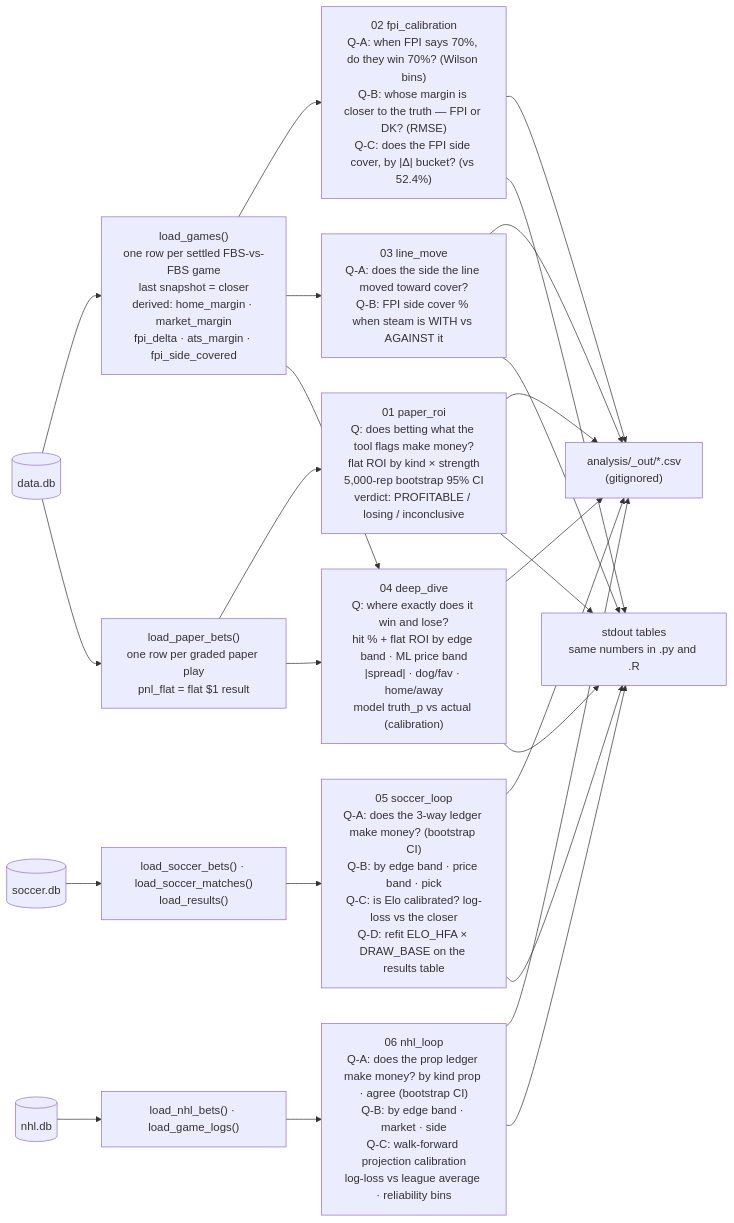
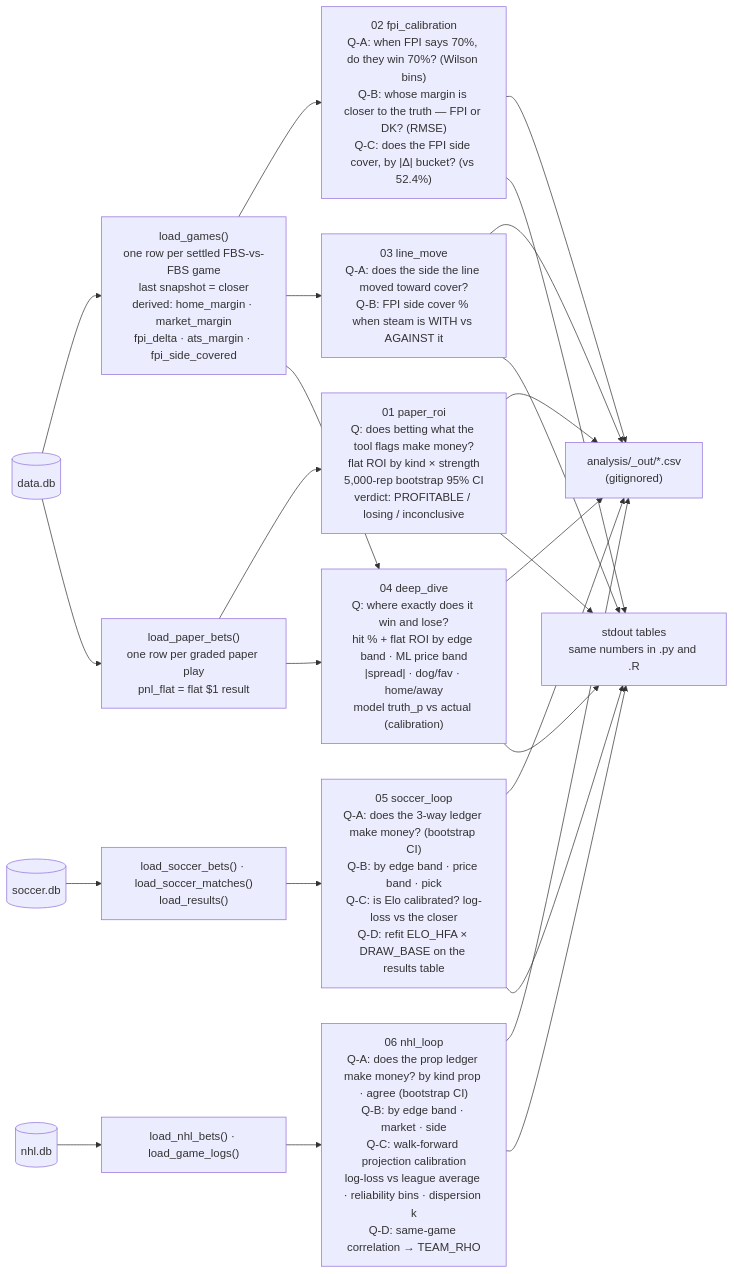
The third of 27 diagrams in README.md (wbp318/cfb_soccer_nhl_2026_2027), drawn with Mermaid before and after one commit. The commit also changed other lines of this file and 10 other files, not shown here.

First line of the commit message:
NHL simulations: gamma-Poisson saves (k=20), card Monte Carlo, analysis/06 D correlation

````diff
--- a/README.md
+++ b/README.md
@@ -295,18 +295,18 @@
 ```mermaid
 flowchart LR
     DB[("data.db")] --> LG["load_games()\none row per settled FBS-vs-FBS game\nlast snapshot = closer\nderived: home_margin · market_margin\nfpi_delta · ats_margin · fpi_side_covered"]
     DB --> LB["load_paper_bets()\none row per graded paper play\npnl_flat = flat $1 result"]
 
     LB --> S1["01 paper_roi\nQ: does betting what the tool flags make money?\nflat ROI by kind × strength\n5,000-rep bootstrap 95% CI\nverdict: PROFITABLE / losing / inconclusive"]
     LG --> S2["02 fpi_calibration\nQ-A: when FPI says 70%, do they win 70%? (Wilson bins)\nQ-B: whose margin is closer to the truth — FPI or DK? (RMSE)\nQ-C: does the FPI side cover, by |Δ| bucket? (vs 52.4%)"]
     LG --> S3["03 line_move\nQ-A: does the side the line moved toward cover?\nQ-B: FPI side cover % when steam is WITH vs AGAINST it"]
     LB --> S4["04 deep_dive\nQ: where exactly does it win and lose?\nhit % + flat ROI by edge band · ML price band\n|spread| · dog/fav · home/away\nmodel truth_p vs actual (calibration)"]
     LG --> S4
     SDB[("soccer.db")] --> LSB["load_soccer_bets() · load_soccer_matches()\nload_results()"]
     LSB --> S5["05 soccer_loop\nQ-A: does the 3-way ledger make money? (bootstrap CI)\nQ-B: by edge band · price band · pick\nQ-C: is Elo calibrated? log-loss vs the closer\nQ-D: refit ELO_HFA × DRAW_BASE on the results table"]
     NDB[("nhl.db")] --> LNB["load_nhl_bets() · load_game_logs()"]
-    LNB --> S6["06 nhl_loop\nQ-A: does the prop ledger make money? by kind prop · agree (bootstrap CI)\nQ-B: by edge band · market · side\nQ-C: walk-forward projection calibration\nlog-loss vs league average · reliability bins"]
+    LNB --> S6["06 nhl_loop\nQ-A: does the prop ledger make money? by kind prop · agree (bootstrap CI)\nQ-B: by edge band · market · side\nQ-C: walk-forward projection calibration\nlog-loss vs league average · reliability bins · dispersion k\nQ-D: same-game correlation → TEAM_RHO"]
 
     S1 & S2 & S3 & S4 & S5 & S6 --> OUTC["analysis/_out/*.csv\n(gitignored)"]
     S1 & S2 & S3 & S4 & S5 & S6 --> STD["stdout tables\nsame numbers in .py and .R"]
 ```
````
